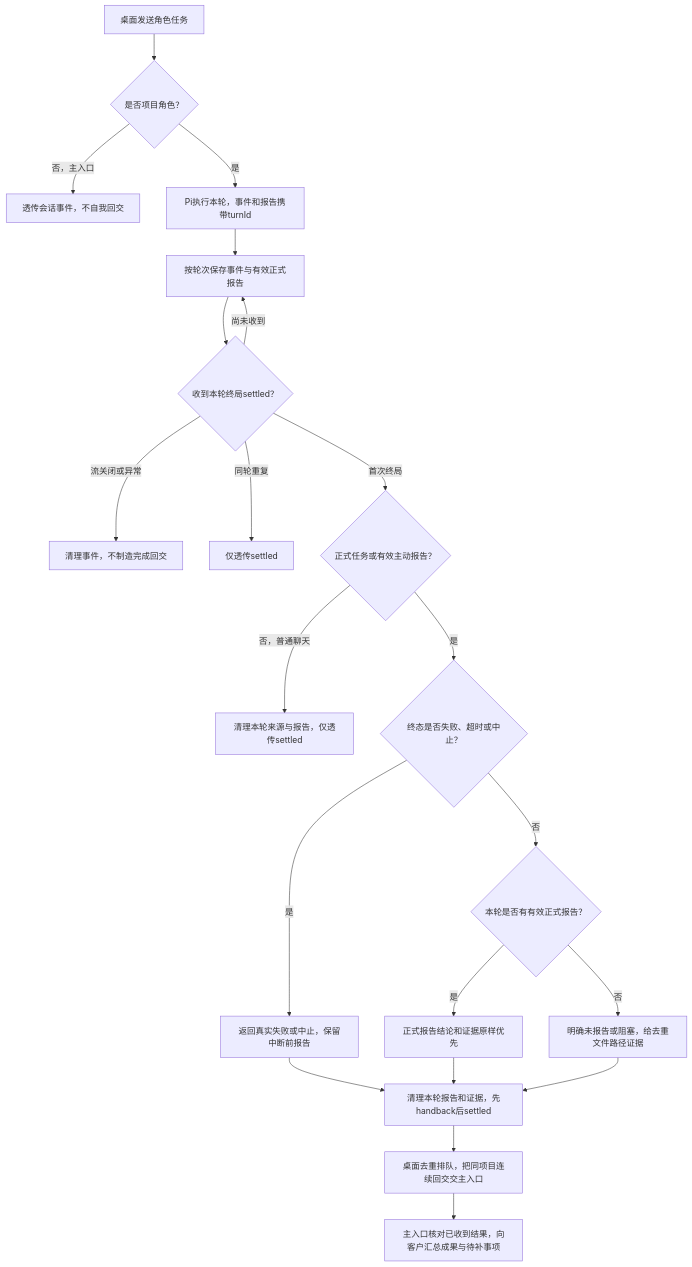
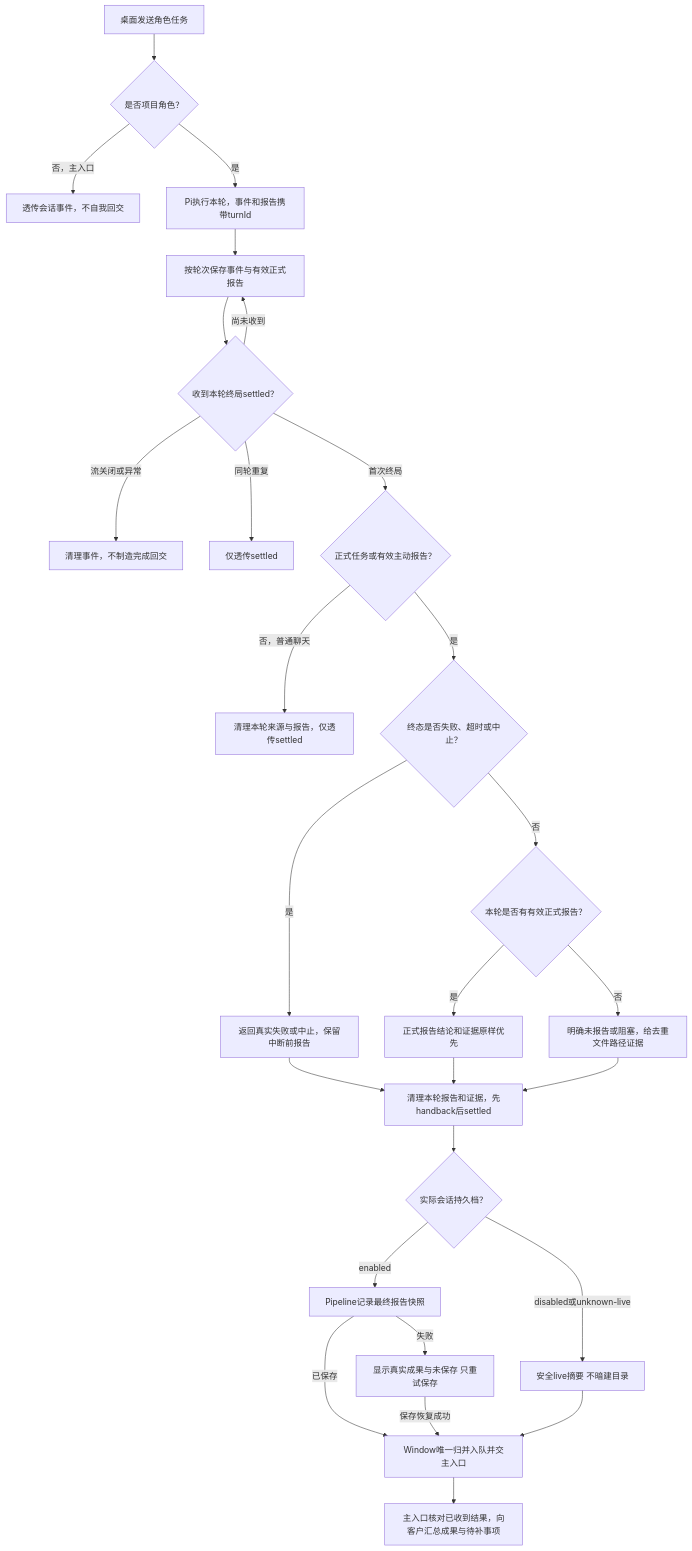
Before and after one commit to wangzhongren/ans-studio: the diagram in 角色卡/编排/docs/feature/task-handback.md, drawn with Mermaid. The commit also changed other lines of this file and 692 other files, not shown here.

````diff
--- a/角色卡/编排/docs/feature/task-handback.md
+++ b/角色卡/编排/docs/feature/task-handback.md
@@ -24,23 +24,29 @@
 ```mermaid
 flowchart TD
   send[桌面发送角色任务] --> role{是否项目角色？}
   role -->|否，主入口| passthrough[透传会话事件，不自我回交]
   role -->|是| run[Pi执行本轮，事件和报告携带turnId]
   run --> record[按轮次保存事件与有效正式报告]
   record --> terminal{收到本轮终局settled？}
   terminal -->|尚未收到| record
   terminal -->|流关闭或异常| noresult[清理事件，不制造完成回交]
   terminal -->|同轮重复| repeat[仅透传settled]
   terminal -->|首次终局| needed{正式任务或有效主动报告？}
   needed -->|否，普通聊天| chat[清理本轮来源与报告，仅透传settled]
   needed -->|是| outcome{终态是否失败、超时或中止？}
   outcome -->|是| failed[返回真实失败或中止，保留中断前报告]
   outcome -->|否| report{本轮是否有有效正式报告？}
   report -->|是| reported[正式报告结论和证据原样优先]
   report -->|否| unreported[明确未报告或阻塞，给去重文件路径证据]
   failed --> deliver[清理本轮报告和证据，先handback后settled]
   reported --> deliver
   unreported --> deliver
-  deliver --> desktop[桌面去重排队，把同项目连续回交交主入口]
+  deliver --> persist{实际会话持久档？}
+  persist -->|enabled| save[Pipeline记录最终报告快照]
+  save -->|失败| failedsave[显示真实成果与未保存 只重试保存]
+  save -->|已保存| desktop[Window唯一归并入队并交主入口]
+  failedsave -->|保存恢复成功| desktop
+  persist -->|disabled或unknown-live| live[安全live摘要 不暗建目录]
+  live --> desktop
   desktop --> summary[主入口核对已收到结果，向客户汇总成果与待补事项]
 ```
````
